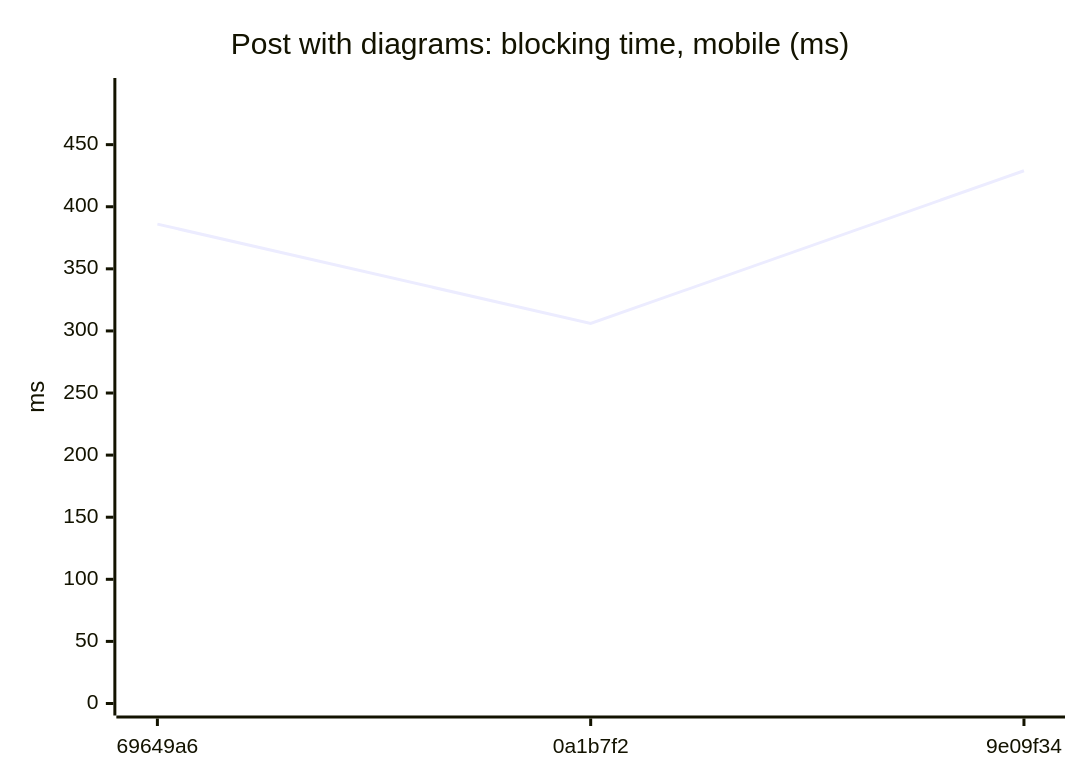
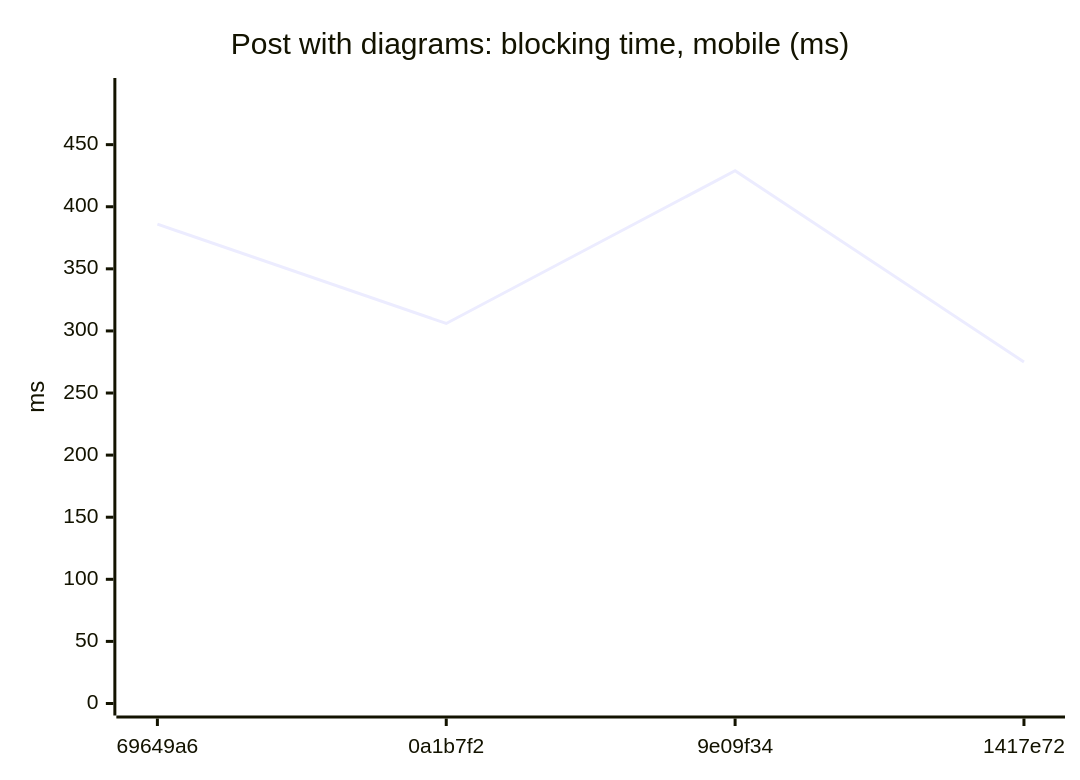
One commit to AxelUser/maltsev.space changed diagram 16 of 18 in README.md. Above: the diagram before and after it, drawn with Mermaid. The commit also changed other lines of this file and 1 other file, not shown here.

````diff
--- a/README.md
+++ b/README.md
@@ -169,7 +169,7 @@
 ```mermaid
 xychart-beta
   title "Post with diagrams: blocking time, mobile (ms)"
-  x-axis ["69649a6", "0a1b7f2", "9e09f34"]
+  x-axis ["69649a6", "0a1b7f2", "9e09f34", "1417e72"]
   y-axis "ms" 0 --> 494
-  line [386, 306, 429]
+  line [386, 306, 429, 275]
 ```
````
